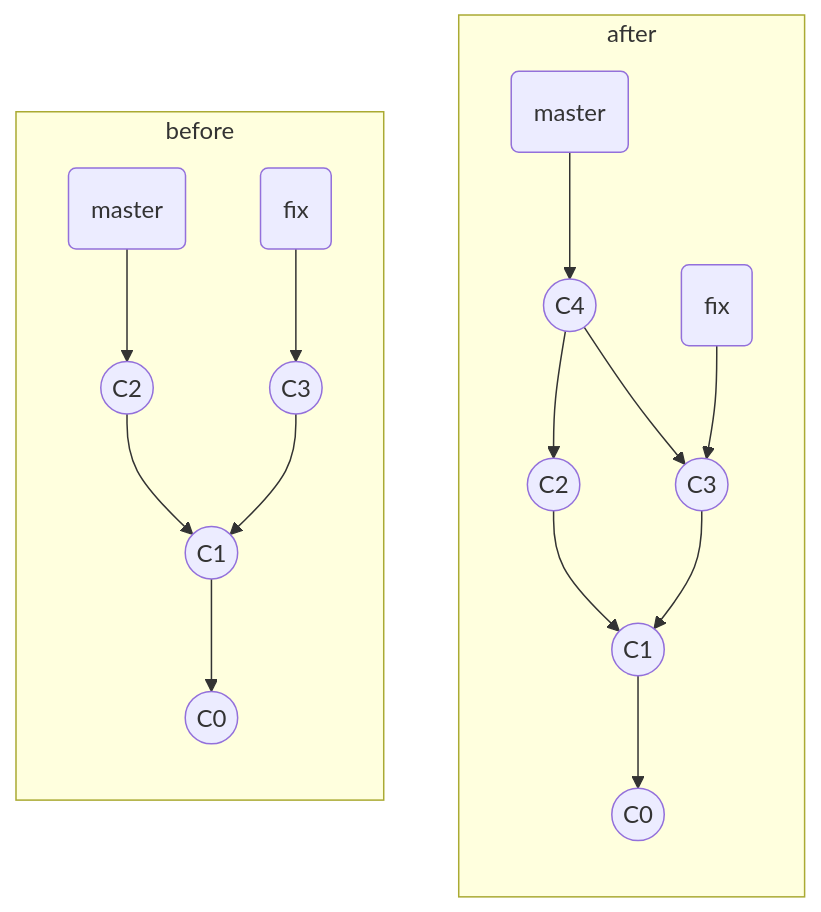
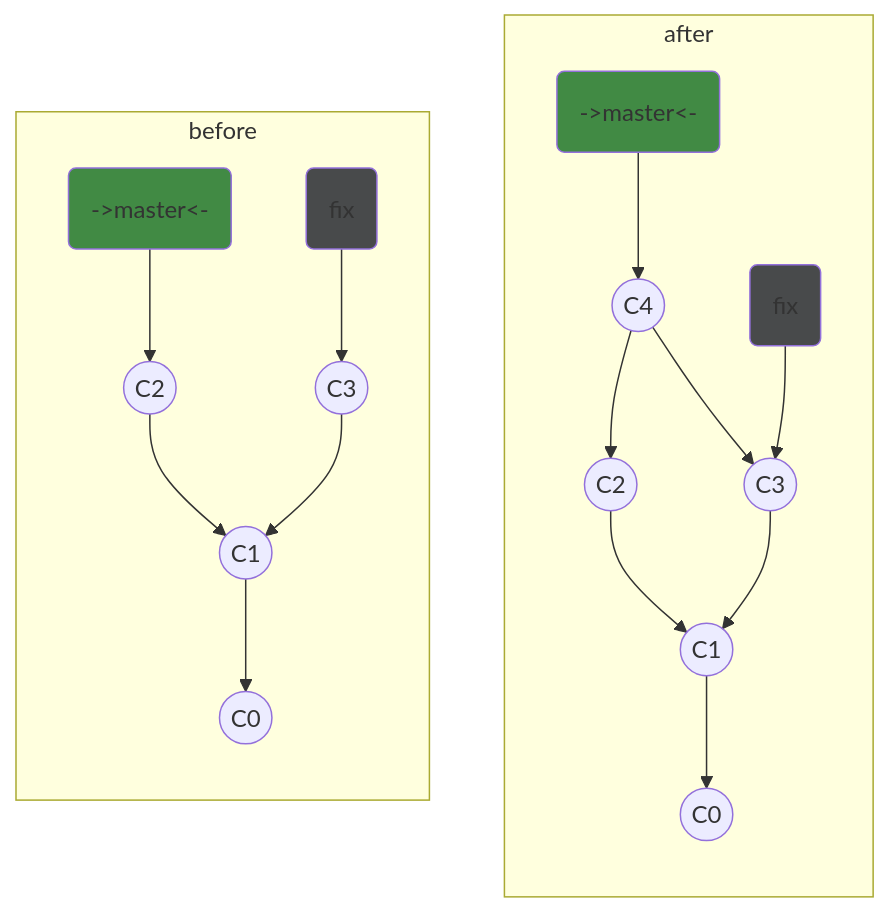
Before and after one commit to nvmnghia/Git.md: the fourth of 5 diagrams in Git.md, drawn with Mermaid. The commit also changed other lines of this file, not shown here.

````diff
--- a/Git.md
+++ b/Git.md
@@ -97,23 +317,32 @@
         ```mermaid
         graph BT
+            classDef master fill:#418a44;
+            classDef fix fill:#484A4B;
+
             subgraph after
                 C1a((C1)) --> C0a((C0));
                 C2a((C2)) --> C1a;
                 C3a((C3)) --> C1a;
 
                 C4a((C4)) --> C3a;
                 C4a --> C2a;
 
+                ma("->master<-") --> C4a;
                 fa(fix) --> C3a;
-                ma(master) --> C4a;
+
+                class ma master;
+                class fa fix;
             end
 
             subgraph before
                 C1b((C1)) --> C0b((C0));
                 C2b((C2)) --> C1b;
                 C3b((C3)) --> C1b;
 
-                mb(master) --> C2b;
+                mb("->master<-") --> C2b;
                 fb(fix) --> C3b;
+
+                class mb master
+                class fb fix
             end
         ```
````
